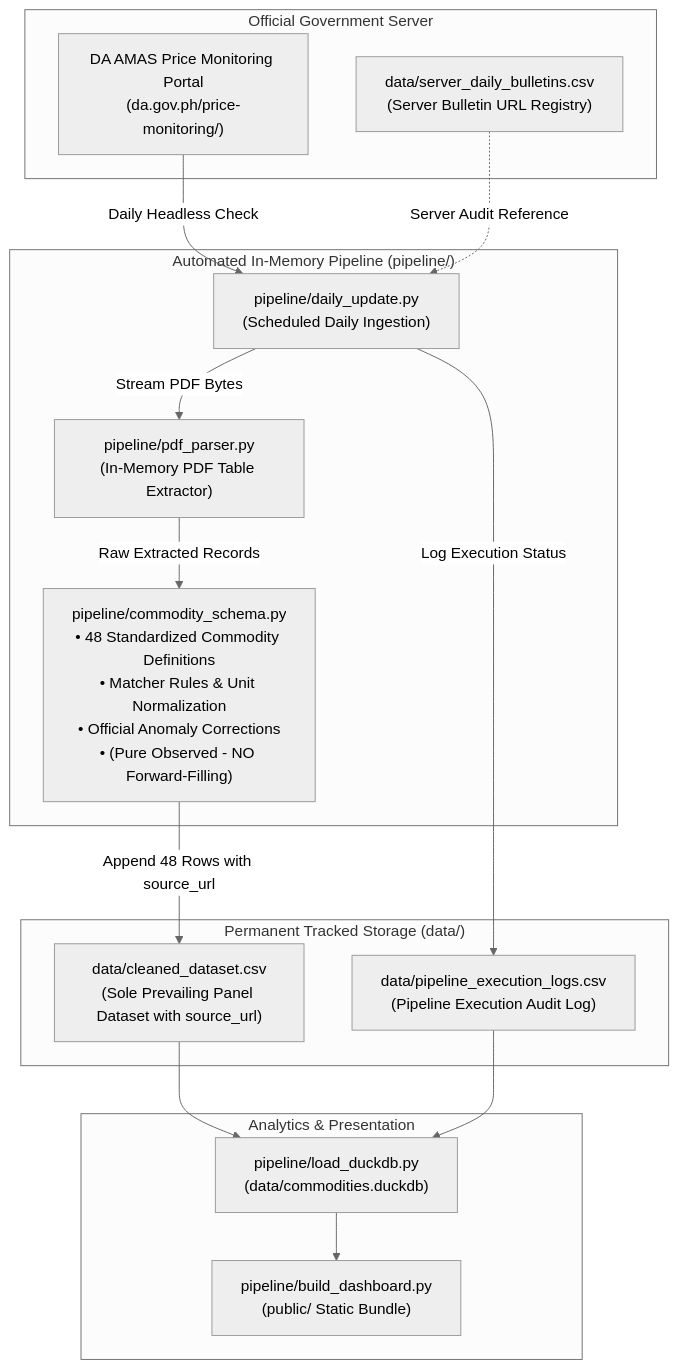
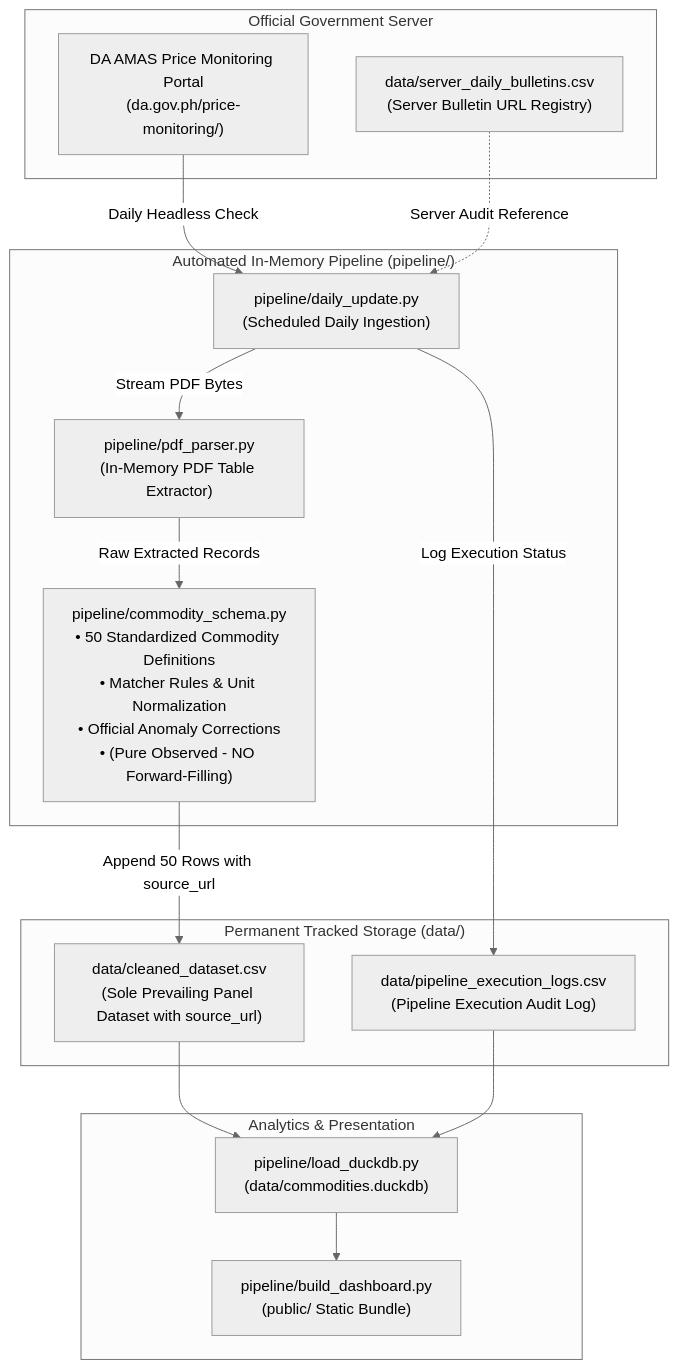
The first of 2 diagrams in README.md (LeinnarF/Philippine-Commodity-Price-Tracker), drawn with Mermaid (neutral theme) before and after one commit. The commit also changed other lines of this file and 15 other files, not shown here.

````diff
--- a/README.md
+++ b/README.md
@@ -33,33 +33,33 @@
 ```mermaid
 flowchart TD
     subgraph Portal ["Official Government Server"]
         DA["DA AMAS Price Monitoring Portal<br/>(da.gov.ph/price-monitoring/)"]
         REG["data/server_daily_bulletins.csv<br/>(Server Bulletin URL Registry)"]
     end
 
     subgraph Automation ["Automated In-Memory Pipeline (pipeline/)"]
         ORCH["pipeline/daily_update.py<br/>(Scheduled Daily Ingestion)"]
         PARSER["pipeline/pdf_parser.py<br/>(In-Memory PDF Table Extractor)"]
-        SCHEMA["pipeline/commodity_schema.py<br/>• 48 Standardized Commodity Definitions<br/>• Matcher Rules & Unit Normalization<br/>• Official Anomaly Corrections<br/>• (Pure Observed - NO Forward-Filling)"]
+        SCHEMA["pipeline/commodity_schema.py<br/>• 50 Standardized Commodity Definitions<br/>• Matcher Rules & Unit Normalization<br/>• Official Anomaly Corrections<br/>• (Pure Observed - NO Forward-Filling)"]
     end
 
     subgraph Storage ["Permanent Tracked Storage (data/)"]
         CLEAN["data/cleaned_dataset.csv<br/>(Sole Prevailing Panel Dataset with source_url)"]
         LOGS["data/pipeline_execution_logs.csv<br/>(Pipeline Execution Audit Log)"]
     end
 
     subgraph Presentation ["Analytics & Presentation"]
         DUCK["pipeline/load_duckdb.py<br/>(data/commodities.duckdb)"]
         DASH["pipeline/build_dashboard.py<br/>(public/ Static Bundle)"]
     end
 
     DA -->|Daily Headless Check| ORCH
     ORCH -->|Stream PDF Bytes| PARSER
     PARSER -->|Raw Extracted Records| SCHEMA
-    SCHEMA -->|Append 48 Rows with source_url| CLEAN
+    SCHEMA -->|Append 50 Rows with source_url| CLEAN
     ORCH -->|Log Execution Status| LOGS
     CLEAN --> DUCK
     LOGS --> DUCK
     DUCK --> DASH
     REG -.->|Server Audit Reference| ORCH
 ```
````
